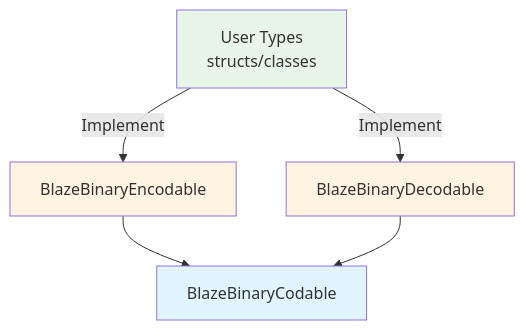
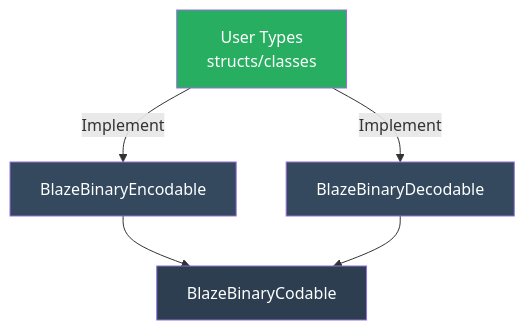
The second of 19 diagrams in README.md (Mikedan37/BlazeBinary), drawn with Mermaid before and after one commit. The commit also changed other lines of this file and 11 other files, not shown here.

First line of the commit message:
Improve Mermaid diagrams and code display formatting

````diff
--- a/README.md
+++ b/README.md
@@ -162,17 +162,17 @@
 ```mermaid
 graph TD
     Encodable[BlazeBinaryEncodable]
     Decodable[BlazeBinaryDecodable]
     Codable[BlazeBinaryCodable]
     UserTypes[User Types<br/>structs/classes]
     
     Encodable --> Codable
     Decodable --> Codable
     UserTypes -->|Implement| Encodable
     UserTypes -->|Implement| Decodable
     
-    style Codable fill:#e1f5ff
-    style Encodable fill:#fff4e1
-    style Decodable fill:#fff4e1
-    style UserTypes fill:#e8f5e9
+    style Codable fill:#2c3e50,color:#ffffff
+    style Encodable fill:#34495e,color:#ffffff
+    style Decodable fill:#34495e,color:#ffffff
+    style UserTypes fill:#27ae60,color:#ffffff
 ```
````
